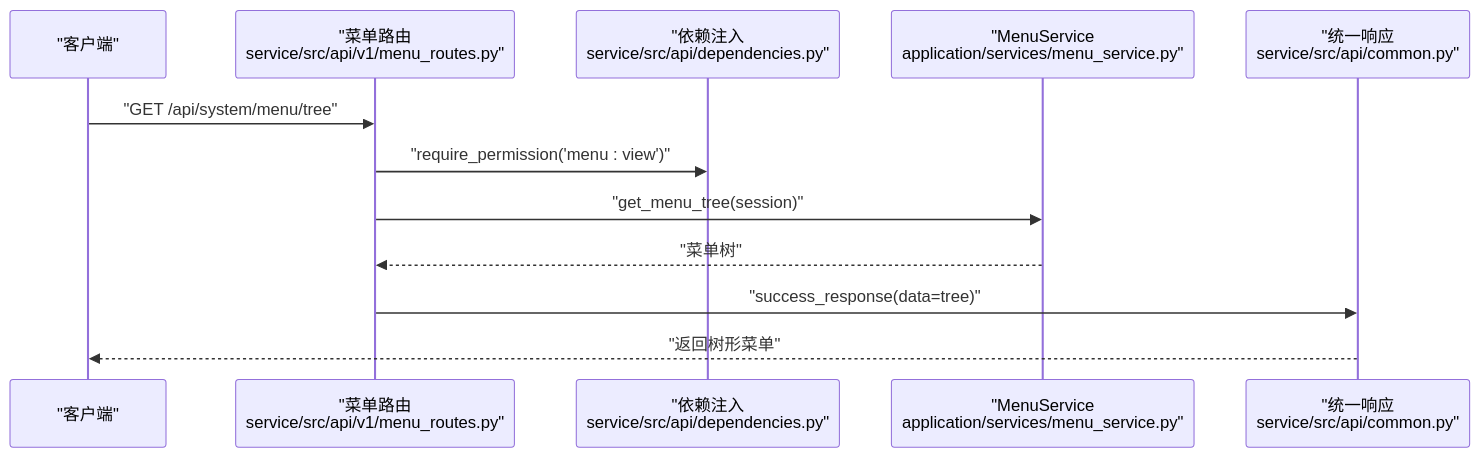
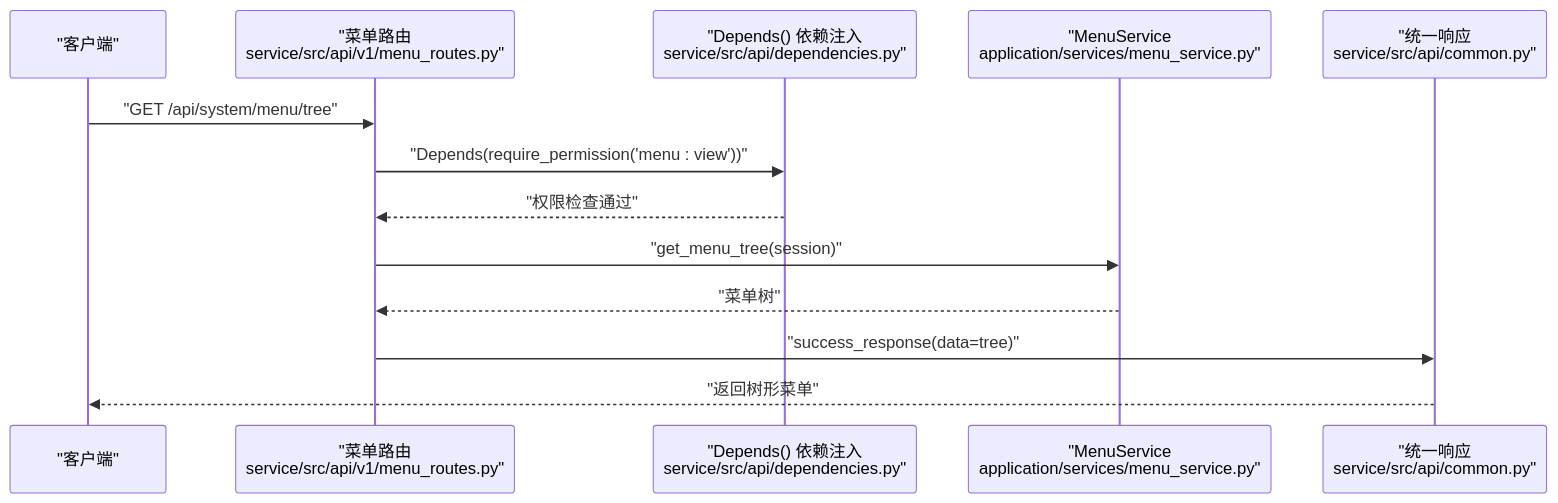
The sixth of 9 diagrams in .qoder/repowiki/zh/content/后端架构设计/DDD 分层架构详解/表现层（API Routes）.md (taoweidong/Hello-FastApi), drawn with Mermaid before and after one commit. The commit also changed other lines of this file and 18 other files, not shown here.

````diff
--- a/.qoder/repowiki/zh/content/后端架构设计/DDD 分层架构详解/表现层（API Routes）.md
+++ b/.qoder/repowiki/zh/content/后端架构设计/DDD 分层架构详解/表现层（API Routes）.md
@@ -276,14 +304,15 @@
 ```mermaid
 sequenceDiagram
 participant Client as "客户端"
 participant Menu as "菜单路由<br/>service/src/api/v1/menu_routes.py"
-participant Dep as "依赖注入<br/>service/src/api/dependencies.py"
+participant Dep as "Depends() 依赖注入<br/>service/src/api/dependencies.py"
 participant Svc as "MenuService<br/>application/services/menu_service.py"
 participant Resp as "统一响应<br/>service/src/api/common.py"
 Client->>Menu : "GET /api/system/menu/tree"
-Menu->>Dep : "require_permission('menu : view')"
+Menu->>Dep : "Depends(require_permission('menu : view'))"
+Dep-->>Menu : "权限检查通过"
 Menu->>Svc : "get_menu_tree(session)"
 Svc-->>Menu : "菜单树"
 Menu->>Resp : "success_response(data=tree)"
 Resp-->>Client : "返回树形菜单"
 ```
````
